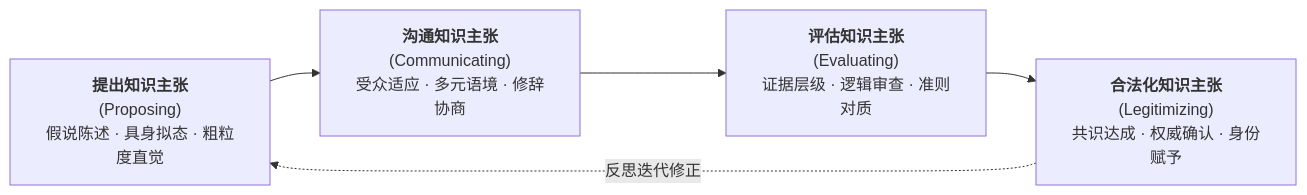
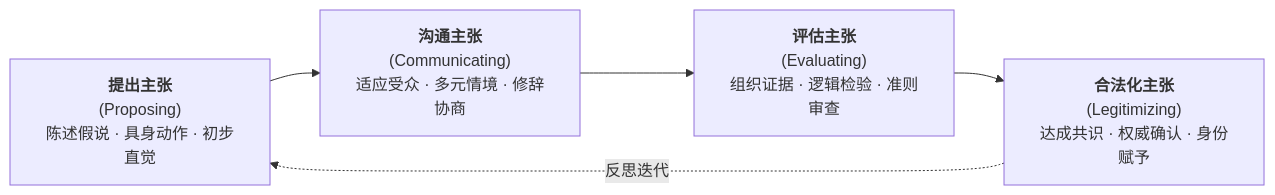
The diagram in wiki/arguments/books/Matthews(Ed.)_2018_Springer/Argument_Kelly_Licona_2018_EpistemicPractices.md (likemie/vault-notes), drawn with Mermaid before and after one commit. The commit also changed other lines of this file and 2 other files, not shown here.

````diff
--- a/wiki/arguments/books/Matthews(Ed.)_2018_Springer/Argument_Kelly_Licona_2018_EpistemicPractices.md
+++ b/wiki/arguments/books/Matthews(Ed.)_2018_Springer/Argument_Kelly_Licona_2018_EpistemicPractices.md
@@ -184,7 +162,7 @@
 ```mermaid
 flowchart LR
-    P["<b>提出知识主张</b><br/>(Proposing)<br/>假说陈述 · 具身拟态 · 粗粒度直觉"] --> C["<b>沟通知识主张</b><br/>(Communicating)<br/>受众适应 · 多元语境 · 修辞协商"]
-    C --> E["<b>评估知识主张</b><br/>(Evaluating)<br/>证据层级 · 逻辑审查 · 准则对质"]
-    E --> L["<b>合法化知识主张</b><br/>(Legitimizing)<br/>共识达成 · 权威确认 · 身份赋予"]
-    L -.->|反思迭代修正| P
+    P["<b>提出主张</b><br/>(Proposing)<br/>陈述假说 · 具身动作 · 初步直觉"] --> C["<b>沟通主张</b><br/>(Communicating)<br/>适应受众 · 多元情境 · 修辞协商"]
+    C --> E["<b>评估主张</b><br/>(Evaluating)<br/>组织证据 · 逻辑检验 · 准则审查"]
+    E --> L["<b>合法化主张</b><br/>(Legitimizing)<br/>达成共识 · 权威确认 · 身份赋予"]
+    L -.->|反思迭代| P
 ```
````
